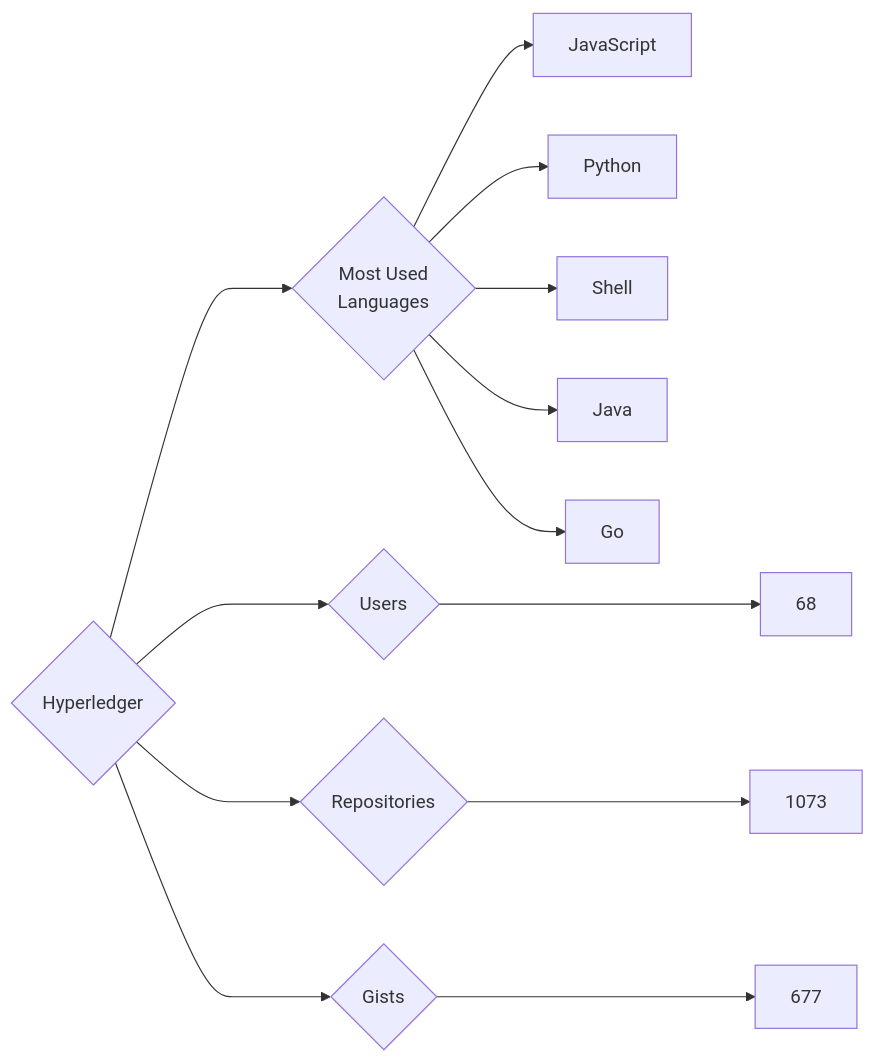
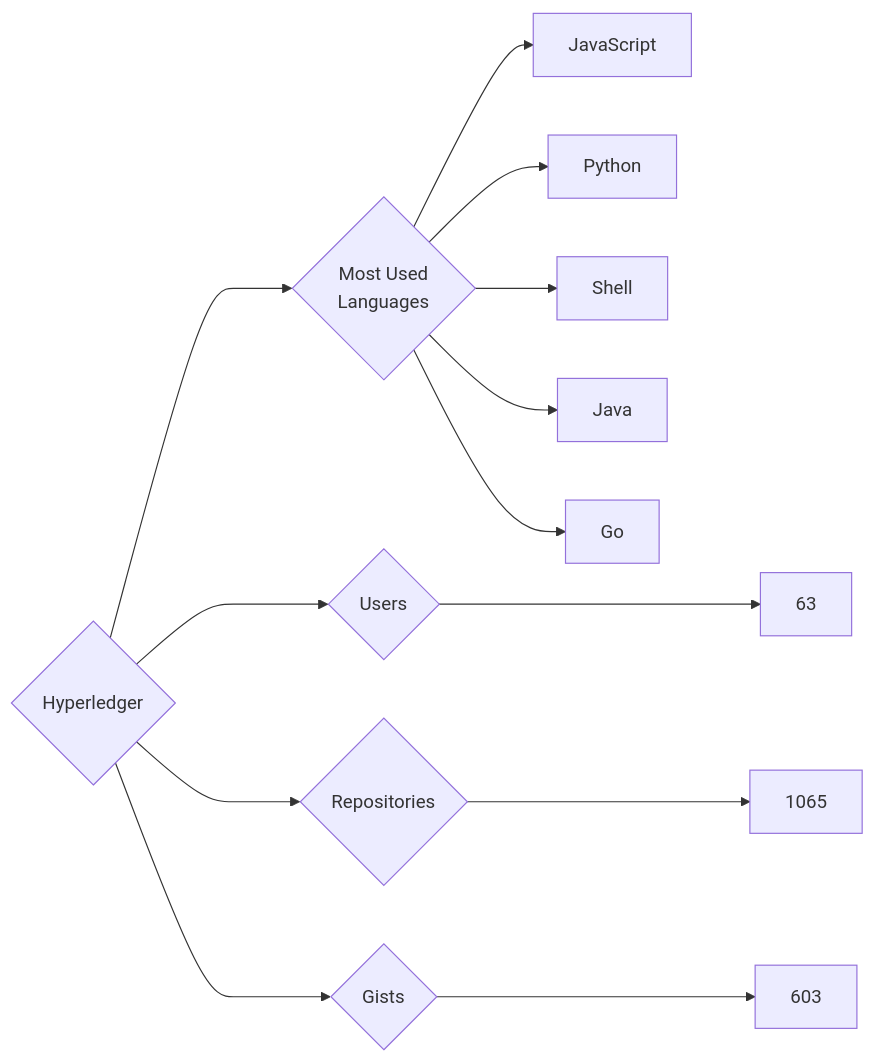
One commit to trickest/insiders changed the diagram in targets/Hyperledger/README.md. Above: the diagram before and after it, drawn with Mermaid. The commit also changed 715 other files, not shown here.

````diff
--- a/targets/Hyperledger/README.md
+++ b/targets/Hyperledger/README.md
@@ -3,13 +3,13 @@
 ```mermaid
 graph LR
 COMPANY_NAME{Hyperledger}
-COMPANY_NAME ---> U{Users} ---> UN[68]
-COMPANY_NAME ---> R{Repositories} ---> RN[1073]
-COMPANY_NAME ---> G{Gists} ---> GN[677]
+COMPANY_NAME ---> U{Users} ---> UN[63]
+COMPANY_NAME ---> R{Repositories} ---> RN[1065]
+COMPANY_NAME ---> G{Gists} ---> GN[603]
 COMPANY_NAME ---> ML{Most Used<br>Languages}
 ML --> JavaScript[JavaScript]
 ML --> Python[Python]
 ML --> Shell[Shell]
 ML --> Java[Java]
 ML --> Go[Go]
 ```
````
